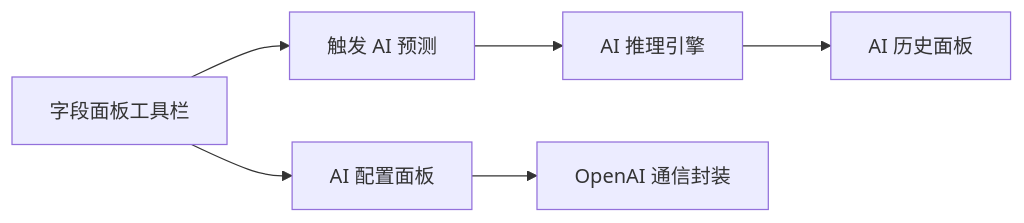
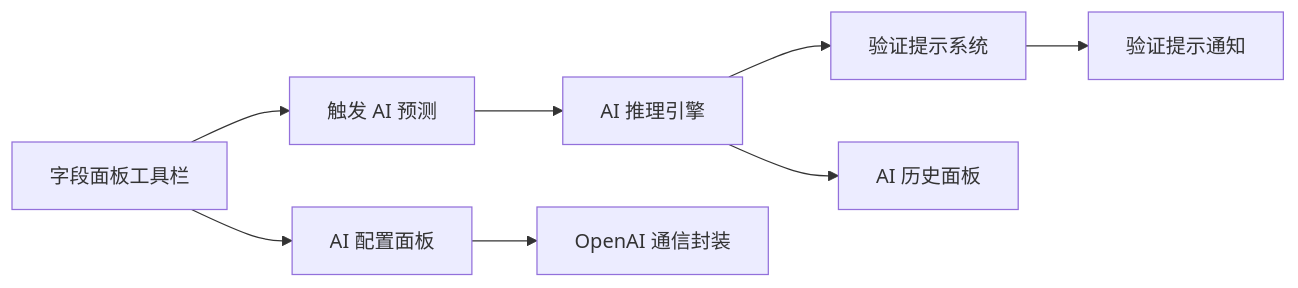
Before and after one commit to kqcoxn/MaaPipelineEditor: the eighth of 9 diagrams in .qoder/repowiki/zh/content/AI辅助功能/推理预测系统.md, drawn with Mermaid. The commit also changed other lines of this file and 19 other files, not shown here.

````diff
--- a/.qoder/repowiki/zh/content/AI辅助功能/推理预测系统.md
+++ b/.qoder/repowiki/zh/content/AI辅助功能/推理预测系统.md
@@ -316,8 +378,10 @@
 ```mermaid
 graph LR
 UI["字段面板工具栏"] --> Trigger["触发 AI 预测"]
 Trigger --> Predictor["AI 推理引擎"]
+Predictor --> Validation["验证提示系统"]
 Predictor --> History["AI 历史面板"]
 UI --> Config["AI 配置面板"]
 Config --> OpenAI["OpenAI 通信封装"]
+Validation --> Notification["验证提示通知"]
 ```
````
